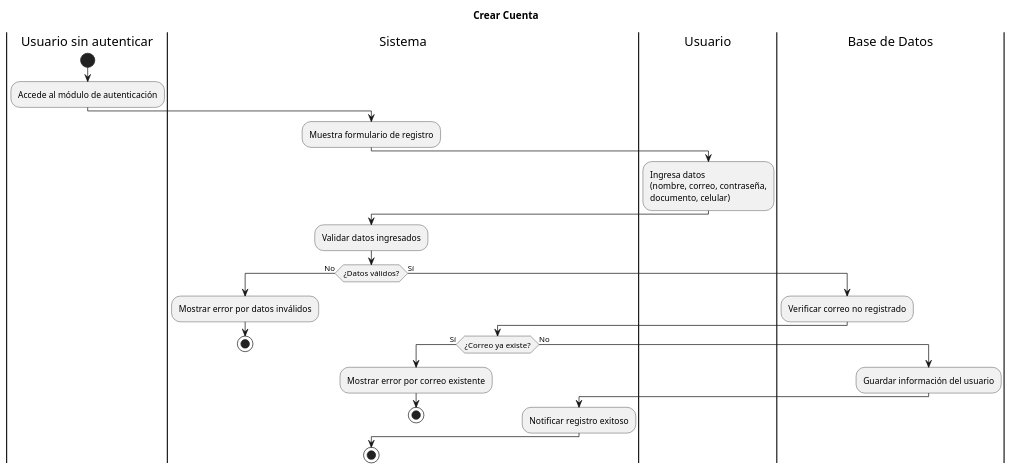
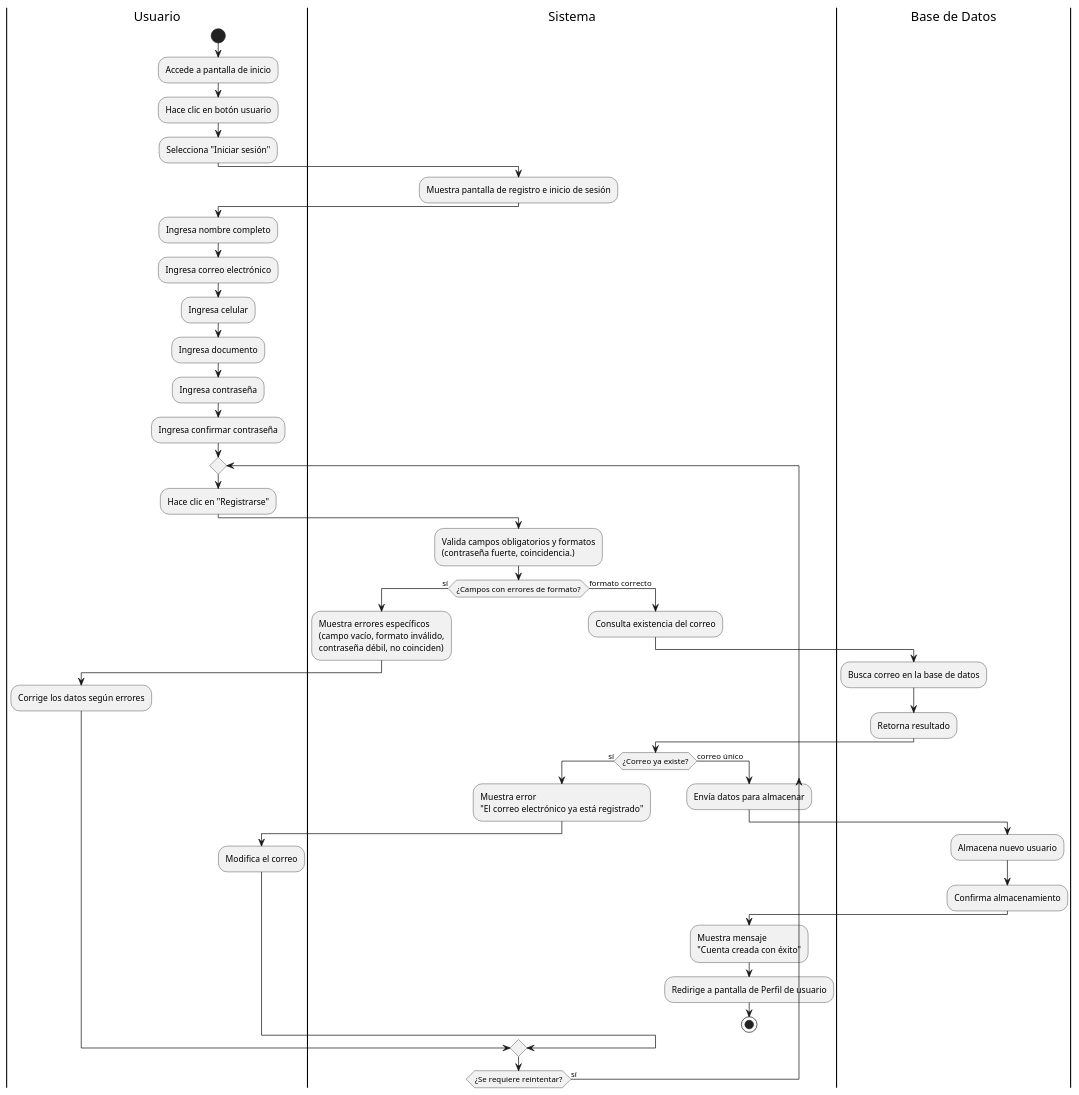
The diagram in diagramas_modulo_autenticacion/actividades-modulo-autenticacion/Actividades_Crear_cuenta.puml (LauKnitIn/SISTEMA-GESTOR-DE-RECORRIDOS), drawn with PlantUML before and after one commit. The commit also changed 11 other files, not shown here.

Commit message:
Se modificaron los diagramas de secuencia y actividades del módulo de autenticación

```diff
--- a/diagramas_modulo_autenticacion/actividades-modulo-autenticacion/Actividades_Crear_cuenta.puml
+++ b/diagramas_modulo_autenticacion/actividades-modulo-autenticacion/Actividades_Crear_cuenta.puml
@@ -1,43 +1,70 @@
 @startuml
-title Crear Cuenta
-
-|Usuario sin autenticar|
+|Usuario|
 start
-:Accede al módulo de autenticación;
+:Accede a pantalla de inicio;
+:Hace clic en botón usuario;
+:Selecciona "Iniciar sesión";
 
 |Sistema|
-:Muestra formulario de registro;
+:Muestra pantalla de registro e inicio de sesión;
 
 |Usuario|
-:Ingresa datos 
-(nombre, correo, contraseña,
-documento, celular);
+:Ingresa nombre completo;
+:Ingresa correo electrónico;
+:Ingresa celular;
+:Ingresa documento;
+:Ingresa contraseña;
+:Ingresa confirmar contraseña;
+
+repeat
+:Hace clic en "Registrarse";
 
 |Sistema|
-:Validar datos ingresados;
+:Valida campos obligatorios y formatos\n(contraseña fuerte, coincidencia.);
 
-if (¿Datos válidos?) then (No)
-  :Mostrar error por datos inválidos;
-  stop
-else (Sí)
+if (¿Campos con errores de formato?) then (sí)
 
-  |Base de Datos|
-  :Verificar correo no registrado;
+|Sistema|
+:Muestra errores específicos\n(campo vacío, formato inválido,\ncontraseña débil, no coinciden);
 
-  |Sistema|
-  if (¿Correo ya existe?) then (Sí)
-    :Mostrar error por correo existente;
-    stop
-  else (No)
+|Usuario|
+:Corrige los datos según errores;
 
-    |Base de Datos|
-    :Guardar información del usuario;
+else (formato correcto)
 
-    |Sistema|
-    :Notificar registro exitoso;
+|Sistema|
+:Consulta existencia del correo;
 
-  endif
+|Base de Datos|
+:Busca correo en la base de datos;
+:Retorna resultado;
+
+|Sistema|
+if (¿Correo ya existe?) then (sí)
+
+:Muestra error\n"El correo electrónico ya está registrado";
+
+|Usuario|
+:Modifica el correo;
+
+else (correo único)
+
+|Sistema|
+:Envía datos para almacenar;
+
+|Base de Datos|
+:Almacena nuevo usuario;
+:Confirma almacenamiento;
+
+|Sistema|
+:Muestra mensaje\n"Cuenta creada con éxito";
+:Redirige a pantalla de Perfil de usuario;
+
+stop
+
+endif
 endif
 
-stop
+repeat while (¿Se requiere reintentar?) is (sí)
+
 @enduml
```
